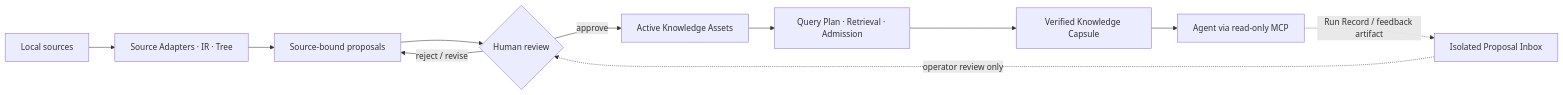
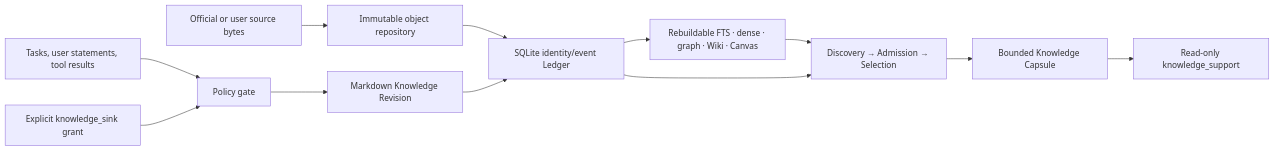
The diagram in README_EN.md (Eysn0130/DeepLaw), drawn with Mermaid before and after one commit. The commit also changed other lines of this file and 55 other files, not shown here.

````diff
--- a/README_EN.md
+++ b/README_EN.md
@@ -166,13 +53,14 @@
 ```mermaid
 flowchart LR
-  S["Local sources"] --> IR["Source Adapters · IR · Tree"]
-  IR --> P["Source-bound proposals"]
-  P --> R{"Human review"}
-  R -->|approve| K["Active Knowledge Assets"]
-  R -->|reject / revise| P
-  K --> Q["Query Plan · Retrieval · Admission"]
-  Q --> C["Verified Knowledge Capsule"]
-  C --> A["Agent via read-only MCP"]
-  A -. "Run Record / feedback artifact" .-> I["Isolated Proposal Inbox"]
-  I -. "operator review only" .-> R
+  E["Official or user source bytes"] --> CAS["Immutable object repository"]
+  A["Tasks, user statements, tool results"] --> G["Policy gate"]
+  G --> M["Markdown Knowledge Revision"]
+  CAS --> L["SQLite identity/event Ledger"]
+  M --> L
+  L --> D["Rebuildable FTS · dense · graph · Wiki · Canvas"]
+  D --> Q["Discovery → Admission → Selection"]
+  L --> Q
+  Q --> C["Bounded Knowledge Capsule"]
+  C --> R["Read-only knowledge_support"]
+  S["Explicit knowledge_sink grant"] --> G
 ```
````
